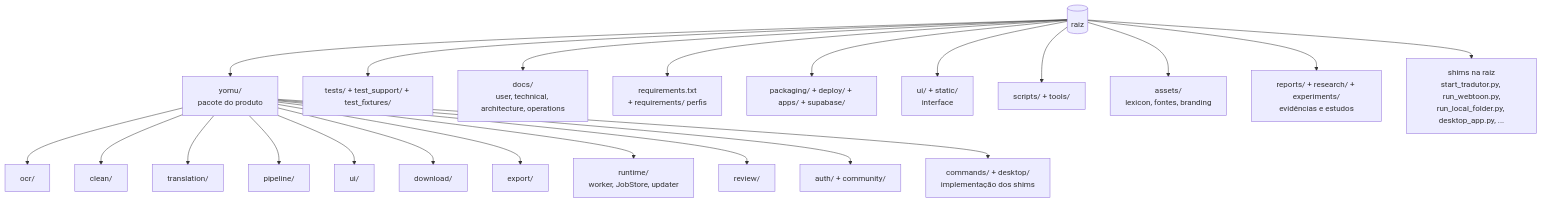
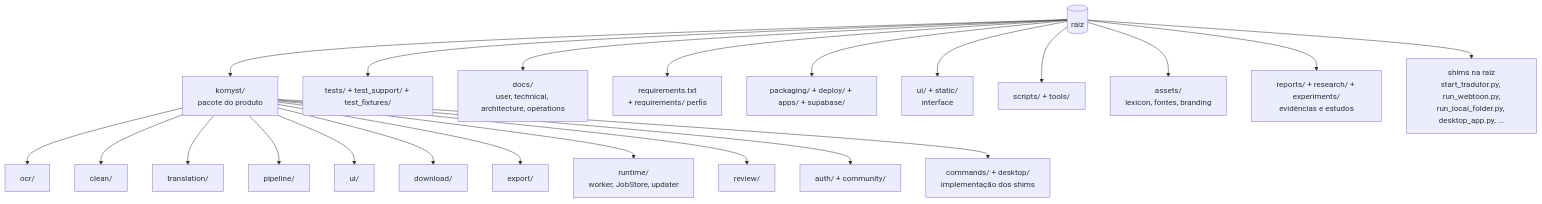
The diagram in docs/architecture/REPOSITORY_STRUCTURE.md (HenriquePvAr/Yomu-Sekai), drawn with Mermaid before and after one commit. The commit also changed other lines of this file and 49 other files, not shown here.

````diff
--- a/docs/architecture/REPOSITORY_STRUCTURE.md
+++ b/docs/architecture/REPOSITORY_STRUCTURE.md
@@ -14,15 +14,15 @@
 ```mermaid
 flowchart TD
-    R[(raiz)] --> Y[yomu/<br/>pacote do produto]
+    R[(raiz)] --> Y[komyst/<br/>pacote do produto]
     R --> T[tests/ + test_support/ + test_fixtures/]
     R --> D[docs/<br/>user, technical, architecture, operations]
     R --> Q[requirements.txt<br/>+ requirements/ perfis]
     R --> P[packaging/ + deploy/ + apps/ + supabase/]
     R --> U[ui/ + static/<br/>interface]
     R --> S[scripts/ + tools/]
     R --> A[assets/<br/>lexicon, fontes, branding]
     R --> E[reports/ + research/ + experiments/<br/>evidências e estudos]
     R --> L[shims na raiz<br/>start_tradutor.py, run_webtoon.py,<br/>run_local_folder.py, desktop_app.py, ...]
     Y --> Y1["ocr/"] & Y2["clean/"] & Y3["translation/"] & Y4["pipeline/"] & Y5["ui/"] & Y6["download/"] & Y7["export/"]
     Y --> Y8["runtime/<br/>worker, JobStore, updater"] & Y9["review/"] & Y10["auth/ + community/"] & Y11["commands/ + desktop/<br/>implementação dos shims"]
 ```
````
